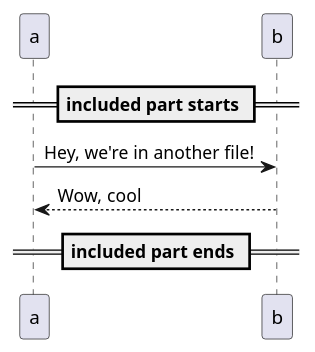
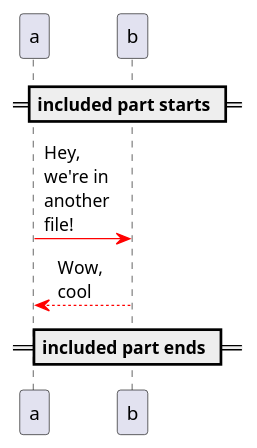
The diagram in include_part_a.puml (NEKharichkin/analyst-boost), drawn with PlantUML before and after one commit. The commit also changed 2 other files, not shown here.

```diff
--- a/include_part_a.puml
+++ b/include_part_a.puml
@@ -1,8 +1,8 @@
 @startuml include_part_a
-
+skinparam MaxMessageSize 50
 == included part starts ==
-a->b: Hey, we're in another file!
-a<--b: Wow, cool
+a-[#red]>b: Hey, we're in another file!
+a<-[#red]-b: Wow, cool
 == included part ends ==
 
 @enduml
```
